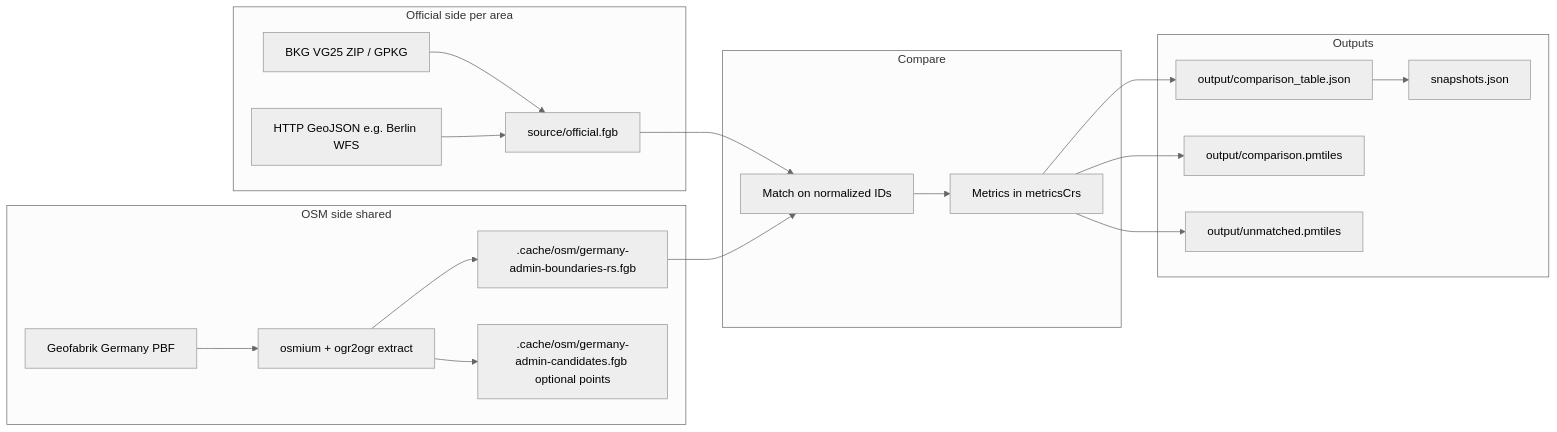
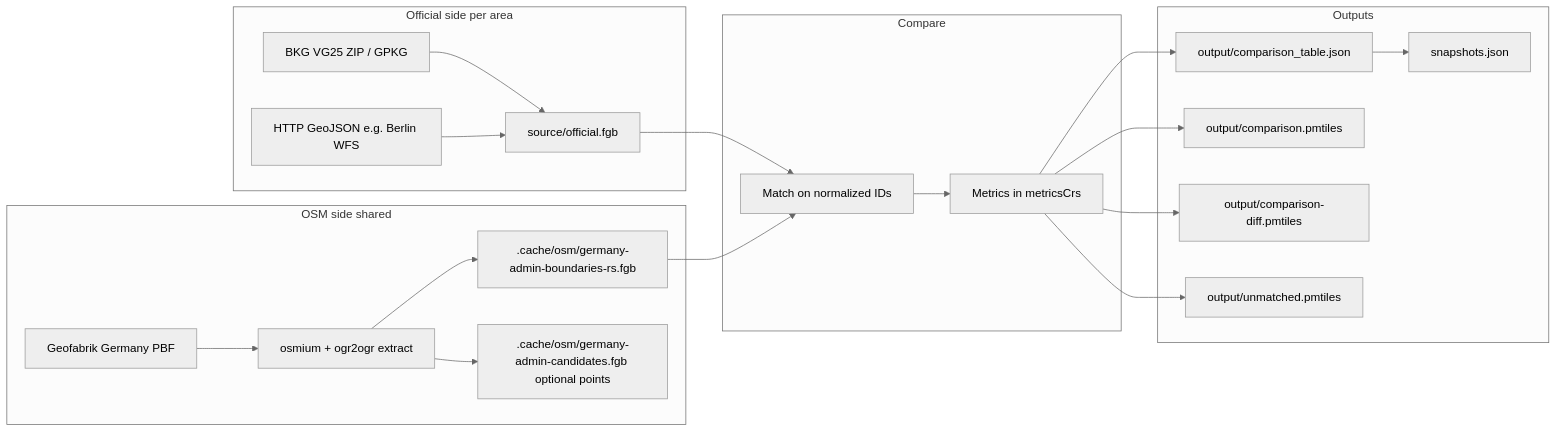
The diagram in docs/processing-and-analysis.md (osmberlin/osm-boundary-checker-germany), drawn with Mermaid (neutral theme) before and after one commit. The commit also changed other lines of this file and 26 other files, not shown here.

First line of the commit message:
Split out diff pmtiles and apply strong minZoom

````diff
--- a/docs/processing-and-analysis.md
+++ b/docs/processing-and-analysis.md
@@ -21,40 +21,42 @@
 ```mermaid
 flowchart LR
   subgraph official [Official side per area]
     BKG[BKG VG25 ZIP / GPKG]
     HTTP[HTTP GeoJSON e.g. Berlin WFS]
     FGB_O[source/official.fgb]
     BKG --> FGB_O
     HTTP --> FGB_O
   end
 
   subgraph osm [OSM side shared]
     PBF[Geofabrik Germany PBF]
     EX[osmium + ogr2ogr extract]
     FGB_S[.cache/osm/germany-admin-boundaries-rs.fgb]
     FGB_C[.cache/osm/germany-admin-candidates.fgb optional points]
     PBF --> EX --> FGB_S
     EX --> FGB_C
   end
 
   subgraph compare [Compare]
     JOIN[Match on normalized IDs]
     MET[Metrics in metricsCrs]
     JOIN --> MET
   end
 
   FGB_O --> JOIN
   FGB_S --> JOIN
 
   subgraph out [Outputs]
     JSON[output/comparison_table.json]
     PM[output/comparison.pmtiles]
+    PMD[output/comparison-diff.pmtiles]
     UM[output/unmatched.pmtiles]
     SNAP[snapshots.json]
   end
 
   MET --> JSON
   MET --> PM
+  MET --> PMD
   MET --> UM
   JSON --> SNAP
 ```
````
